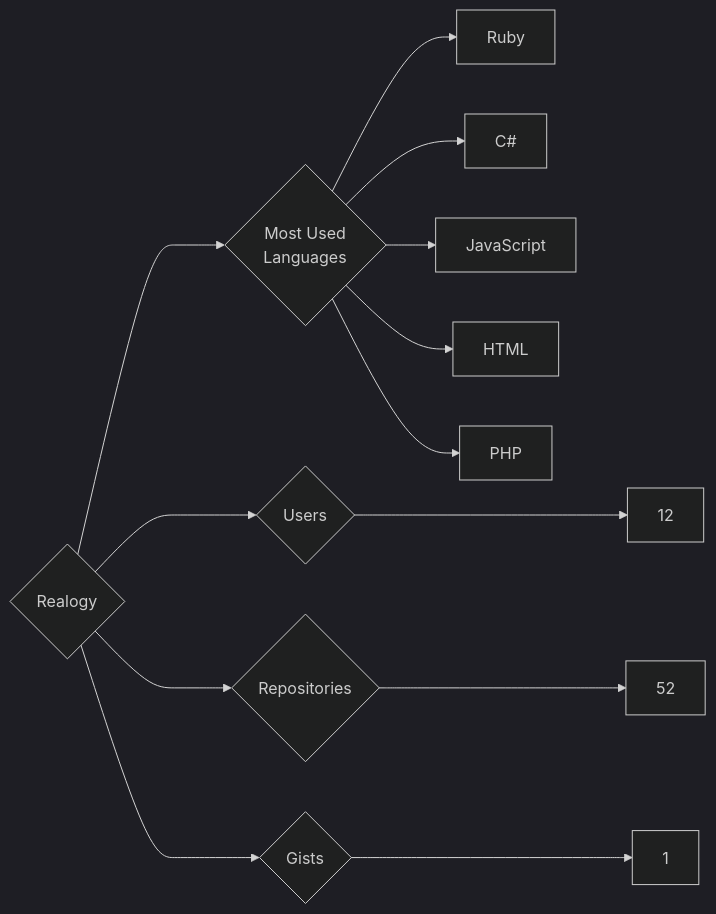
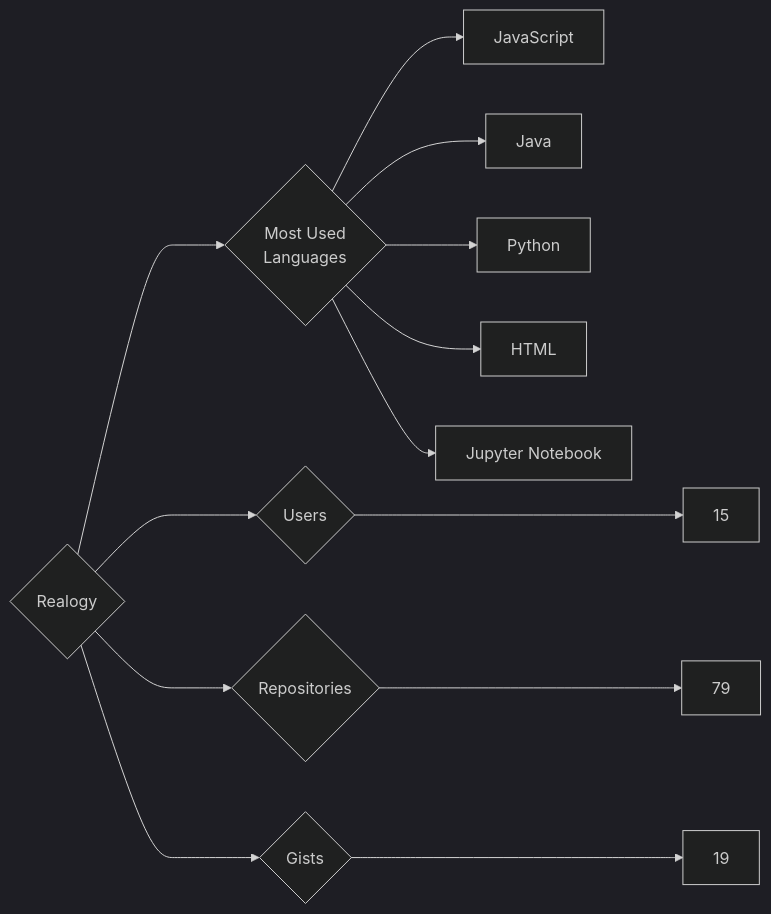
The diagram in targets/Realogy/README.md (trickest/insiders), drawn with Mermaid (dark theme) before and after one commit. The commit also changed 953 other files, not shown here.

````diff
--- a/targets/Realogy/README.md
+++ b/targets/Realogy/README.md
@@ -3,13 +3,13 @@
 ```mermaid
 graph LR
 COMPANY_NAME{Realogy}
-COMPANY_NAME ---> U{Users} ---> UN[12]
-COMPANY_NAME ---> R{Repositories} ---> RN[52]
-COMPANY_NAME ---> G{Gists} ---> GN[1]
+COMPANY_NAME ---> U{Users} ---> UN[15]
+COMPANY_NAME ---> R{Repositories} ---> RN[79]
+COMPANY_NAME ---> G{Gists} ---> GN[19]
 COMPANY_NAME ---> ML{Most Used<br>Languages}
-ML --> Ruby[Ruby]
-ML --> C#[C#]
 ML --> JavaScript[JavaScript]
+ML --> Java[Java]
+ML --> Python[Python]
 ML --> HTML[HTML]
-ML --> PHP[PHP]
+ML --> Jupyter_Notebook[Jupyter Notebook]
 ```
````
